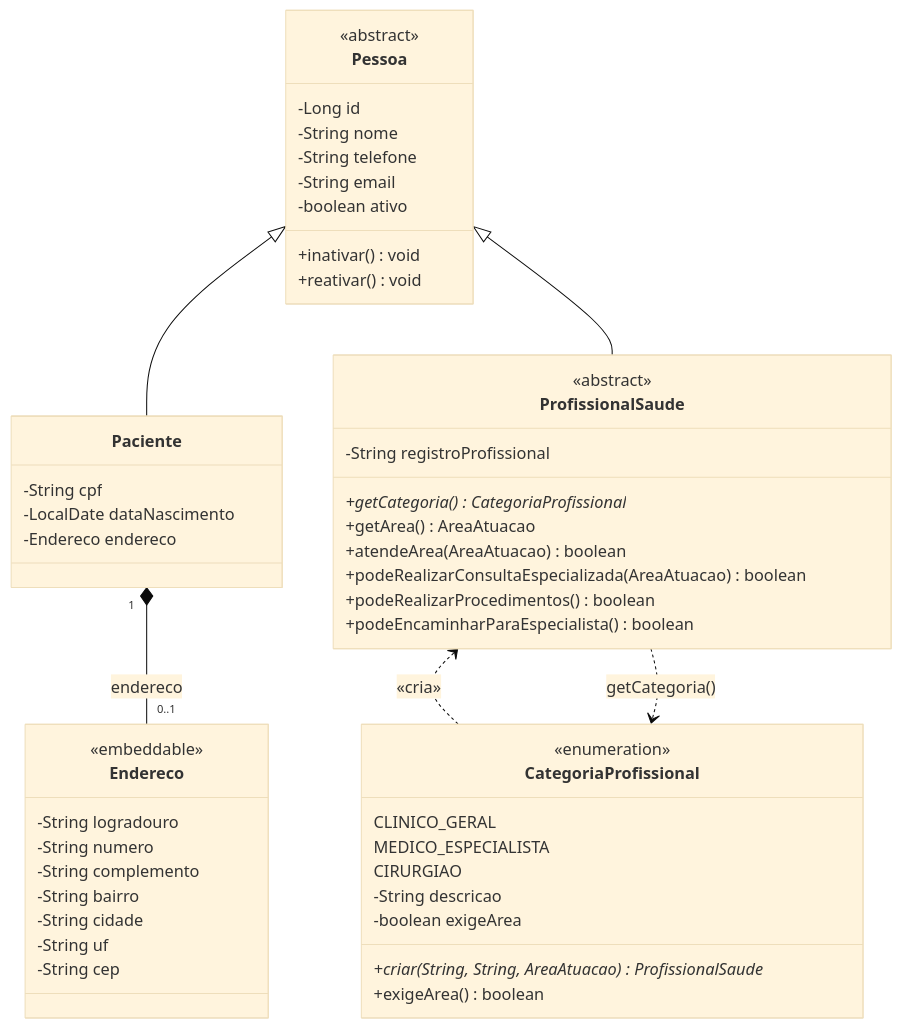
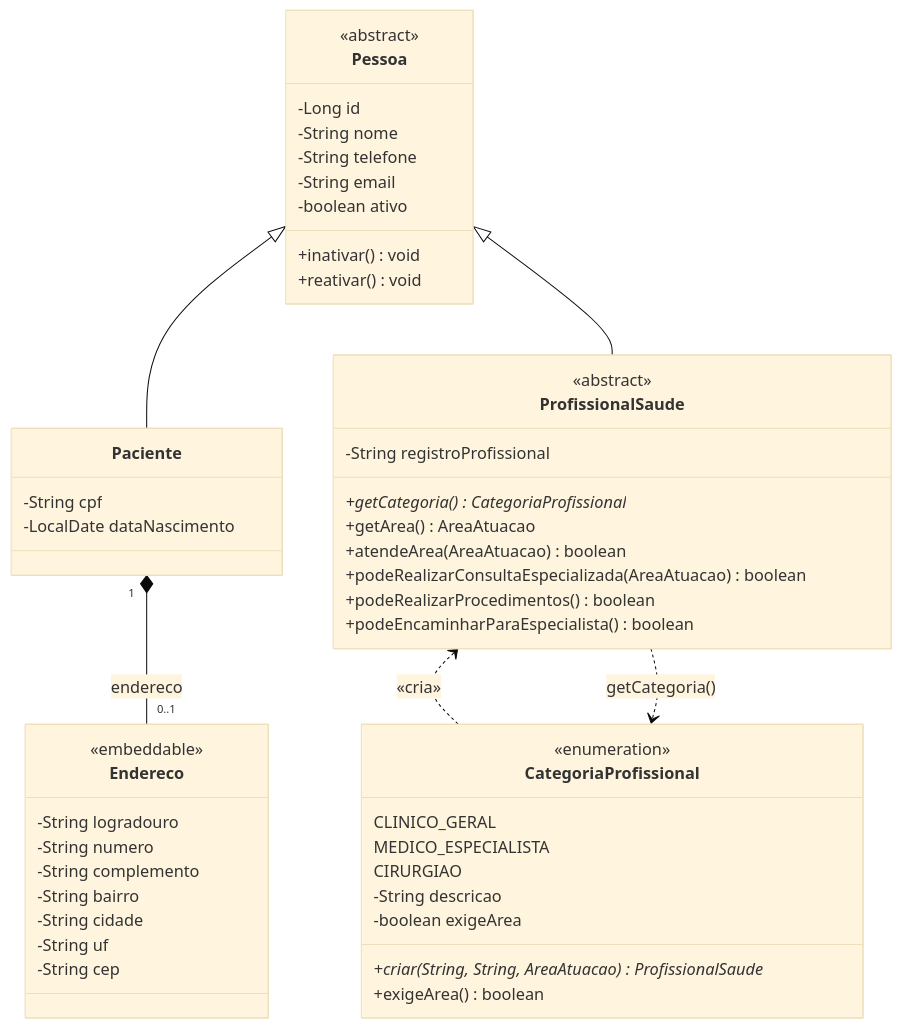
One commit to pedrolsrt/sistema-hospitalar changed the third of 10 diagrams in docs/diagrama-de-classes.md. Above: the diagram before and after it, drawn with Mermaid (base theme). The commit also changed other lines of this file and 5 other files, not shown here.

Commit message:
docs: ajusta os diagramas conforme a avaliação e adiciona o diagrama completo da Sprint 2

````diff
--- a/docs/diagrama-de-classes.md
+++ b/docs/diagrama-de-classes.md
@@ -171,61 +187,60 @@
 ```mermaid
 classDiagram
     direction TB
 
 
     class Pessoa {
         <<abstract>>
         -Long id
         -String nome
         -String telefone
         -String email
         -boolean ativo
         +inativar() void
         +reativar() void
     }
 
     class Paciente {
         -String cpf
         -LocalDate dataNascimento
-        -Endereco endereco
     }
 
     class Endereco {
         <<embeddable>>
         -String logradouro
         -String numero
         -String complemento
         -String bairro
         -String cidade
         -String uf
         -String cep
     }
 
     class ProfissionalSaude {
         <<abstract>>
         -String registroProfissional
         +getCategoria()* CategoriaProfissional
         +getArea() AreaAtuacao
         +atendeArea(AreaAtuacao) boolean
         +podeRealizarConsultaEspecializada(AreaAtuacao) boolean
         +podeRealizarProcedimentos() boolean
         +podeEncaminharParaEspecialista() boolean
     }
 
     class CategoriaProfissional {
         <<enumeration>>
         CLINICO_GERAL
         MEDICO_ESPECIALISTA
         CIRURGIAO
         -String descricao
         -boolean exigeArea
         +criar(String, String, AreaAtuacao)* ProfissionalSaude
         +exigeArea() boolean
     }
 
     Pessoa <|-- Paciente
     Pessoa <|-- ProfissionalSaude
     Paciente "1" *-- "0..1" Endereco : endereco
     ProfissionalSaude <.. CategoriaProfissional : «cria»
     ProfissionalSaude ..> CategoriaProfissional : getCategoria()
 ```
````
